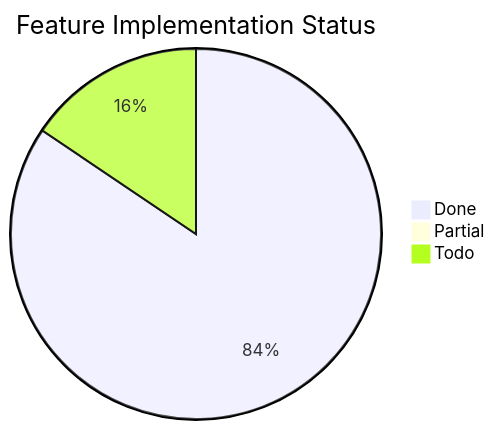
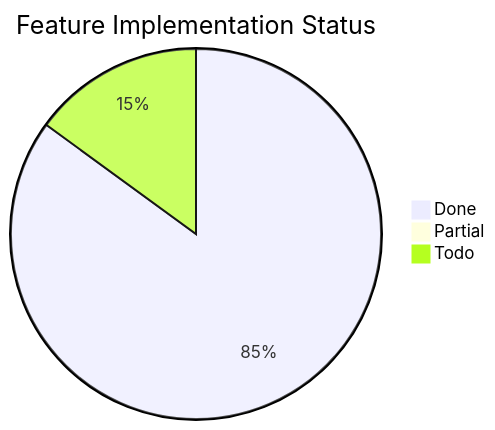
The third of 3 diagrams in docs/word-features.md (Papyrine/Morph), drawn with Mermaid before and after one commit. The commit also changed other lines of this file and 11 other files, not shown here.

````diff
--- a/docs/word-features.md
+++ b/docs/word-features.md
@@ -2206,6 +2209,6 @@
 ```mermaid
 pie title Feature Implementation Status
-    "Done" : 141
+    "Done" : 142
     "Partial" : 0
-    "Todo" : 26
+    "Todo" : 25
 ```
````
